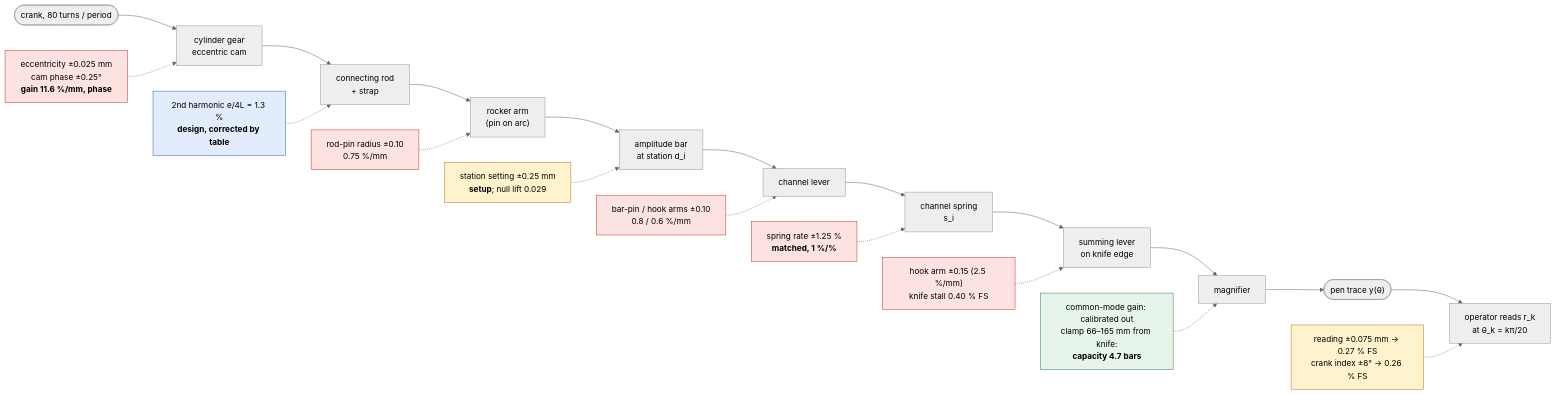
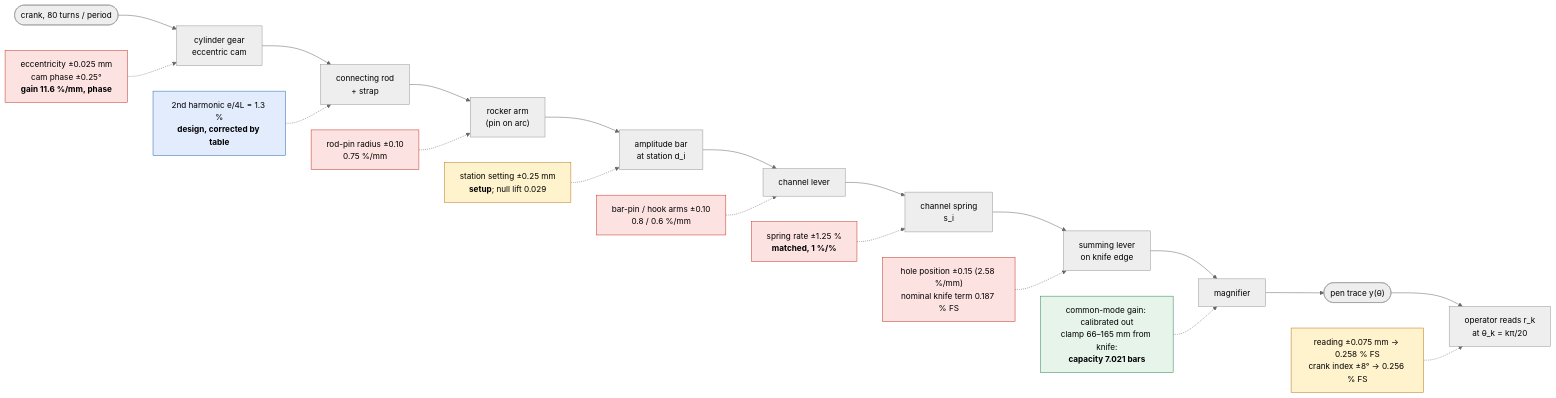
Before and after one commit to pedropaulovc/harmonic-analyzer: the first of 4 diagrams in cad/docs/tolerance-policy.md, drawn with Mermaid (neutral theme). The commit also changed other lines of this file and 36 other files, not shown here.

````diff
--- a/cad/docs/tolerance-policy.md
+++ b/cad/docs/tolerance-policy.md
@@ -81,27 +81,27 @@
 ```mermaid
 flowchart LR
     crank([crank, 80 turns / period]) --> cam
     cam["cylinder gear<br/>eccentric cam"] --> rod["connecting rod<br/>+ strap"]
     rod --> rocker["rocker arm<br/>(pin on arc)"]
     rocker --> bar["amplitude bar<br/>at station d_i"]
     bar --> lever["channel lever"]
     lever --> spring["channel spring<br/>s_i"]
     spring --> summing["summing lever<br/>on knife edge"]
     summing --> mag["magnifier"] --> pen(["pen trace y(θ)"])
     pen --> op["operator reads r_k<br/>at θ_k = kπ/20"]
 
     e1["eccentricity ±0.025 mm<br/>cam phase ±0.25°<br/><b>gain 11.6 %/mm, phase</b>"]:::part -.-> cam
     e2["2nd harmonic e/4L = 1.3 %<br/><b>design, corrected by table</b>"]:::design -.-> rod
     e3["rod-pin radius ±0.10<br/>0.75 %/mm"]:::part -.-> rocker
     e4["station setting ±0.25 mm<br/><b>setup</b>; null lift 0.029"]:::setup -.-> bar
     e5["bar-pin / hook arms ±0.10<br/>0.8 / 0.6 %/mm"]:::part -.-> lever
     e6["spring rate ±1.25 %<br/><b>matched, 1 %/%</b>"]:::part -.-> spring
-    e7["hook arm ±0.15 (2.5 %/mm)<br/>knife stall 0.40 % FS"]:::part -.-> summing
-    e8["common-mode gain: calibrated out<br/>clamp 66–165 mm from knife:<br/><b>capacity 4.7 bars</b>"]:::free -.-> mag
-    e9["reading ±0.075 mm → 0.27 % FS<br/>crank index ±8° → 0.26 % FS"]:::setup -.-> op
+    e7["hole position ±0.15 (2.58 %/mm)<br/>nominal knife term 0.187 % FS"]:::part -.-> summing
+    e8["common-mode gain: calibrated out<br/>clamp 66–165 mm from knife:<br/><b>capacity 7.021 bars</b>"]:::free -.-> mag
+    e9["reading ±0.075 mm → 0.258 % FS<br/>crank index ±8° → 0.256 % FS"]:::setup -.-> op
 
     classDef part fill:#fde2e2,stroke:#c0392b
     classDef setup fill:#fff3cd,stroke:#b7791f
     classDef design fill:#e2ecfd,stroke:#2b6cb0
     classDef free fill:#e6f4ea,stroke:#2f855a
 ```
````
